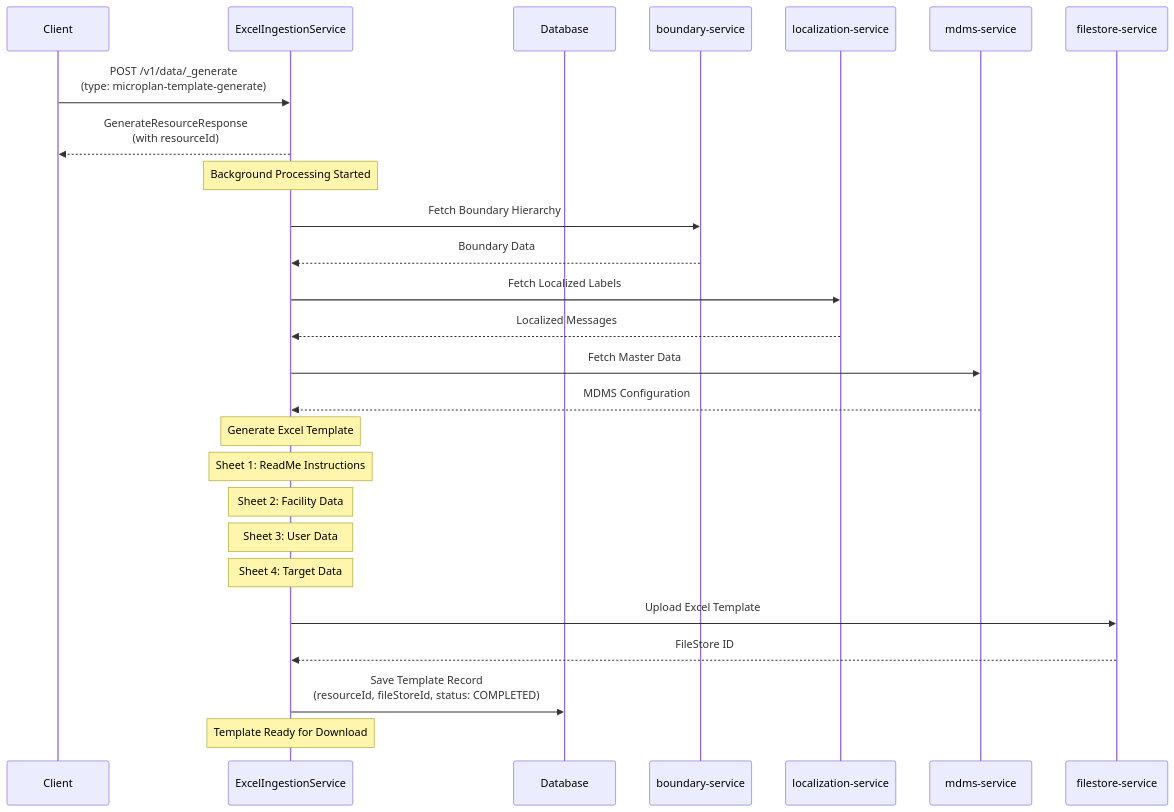
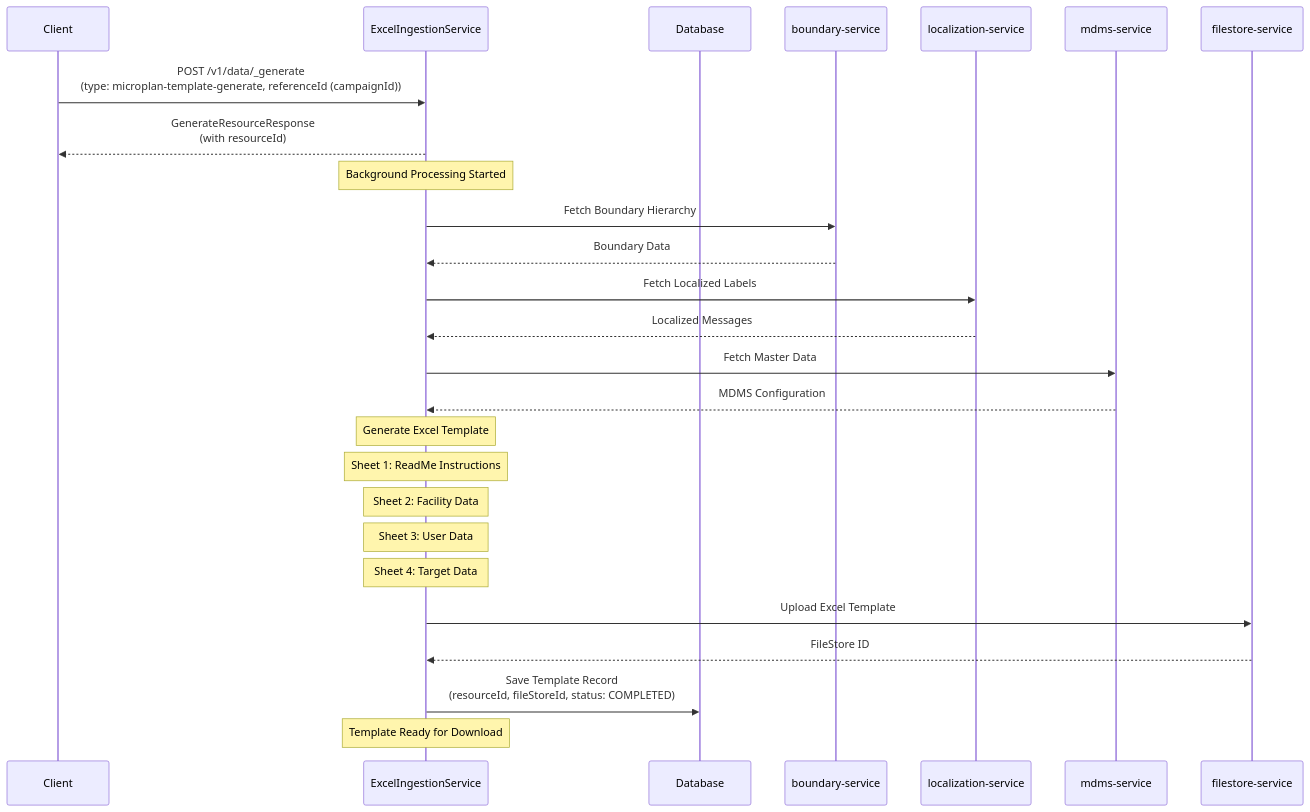
One commit to ashish-egov/campaign-whole-sheet-ingestion changed the first of 5 diagrams in tempDesign.md. Above: the diagram before and after it, drawn with Mermaid. The commit also changed other lines of this file, not shown here.

````diff
--- a/tempDesign.md
+++ b/tempDesign.md
@@ -8,38 +8,38 @@
 ```mermaid
 sequenceDiagram
     participant Client
     participant ExcelIngestionService
     participant Database
     participant boundary-service
     participant localization-service
     participant mdms-service
     participant filestore-service
     
-    Client->>ExcelIngestionService: POST /v1/data/_generate<br/>(type: microplan-template-generate)
+    Client->>ExcelIngestionService: POST /v1/data/_generate<br/>(type: microplan-template-generate, referenceId (campaignId))
     
     ExcelIngestionService-->>Client: GenerateResourceResponse<br/>(with resourceId)
     
     Note over ExcelIngestionService: Background Processing Started
     
     ExcelIngestionService->>boundary-service: Fetch Boundary Hierarchy
     boundary-service-->>ExcelIngestionService: Boundary Data
     
     ExcelIngestionService->>localization-service: Fetch Localized Labels
     localization-service-->>ExcelIngestionService: Localized Messages
     
     ExcelIngestionService->>mdms-service: Fetch Master Data
     mdms-service-->>ExcelIngestionService: MDMS Configuration
     
     Note over ExcelIngestionService: Generate Excel Template
     Note over ExcelIngestionService: Sheet 1: ReadMe Instructions
     Note over ExcelIngestionService: Sheet 2: Facility Data
     Note over ExcelIngestionService: Sheet 3: User Data  
     Note over ExcelIngestionService: Sheet 4: Target Data
     
     ExcelIngestionService->>filestore-service: Upload Excel Template
     filestore-service-->>ExcelIngestionService: FileStore ID
     
     ExcelIngestionService->>Database: Save Template Record<br/>(resourceId, fileStoreId, status: COMPLETED)
     
     Note over ExcelIngestionService: Template Ready for Download
 ```
````
